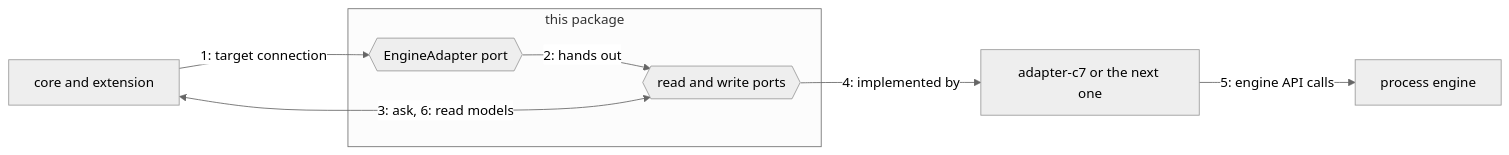
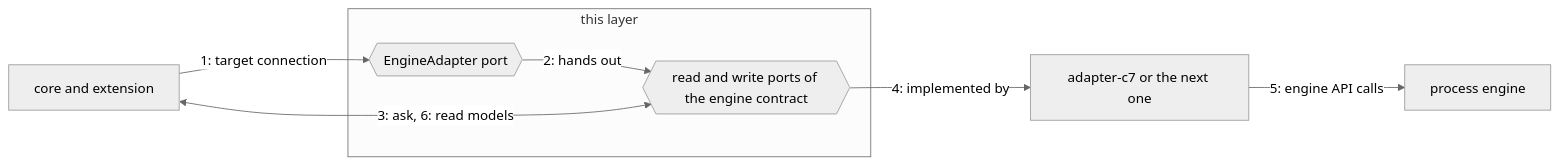
Before and after one commit to Miragon/pulse: the diagram in apps/vscode/src/contract/README.md, drawn with Mermaid (neutral theme). The commit also changed other lines of this file and 161 other files, not shown here.

````diff
--- a/apps/vscode/src/contract/README.md
+++ b/apps/vscode/src/contract/README.md
@@ -13,11 +19,11 @@
 ```mermaid
 flowchart LR
   pulse["core and extension"]
-  subgraph contract [this package]
-    plug{{"EngineAdapter port"}} -- "2: hands out" --> ports{{"read and write ports"}}
+  subgraph contract [this layer]
+    plug{{"EngineAdapter port"}} -- "2: hands out" --> ports{{"read and write ports of the engine contract"}}
   end
   pulse -- "1: target connection" --> plug
   pulse <-- "3: ask, 6: read models" --> ports
   ports -- "4: implemented by" --> adapter["adapter-c7 or the next one"]
   adapter -- "5: engine API calls" --> engine["process engine"]
 ```
````
